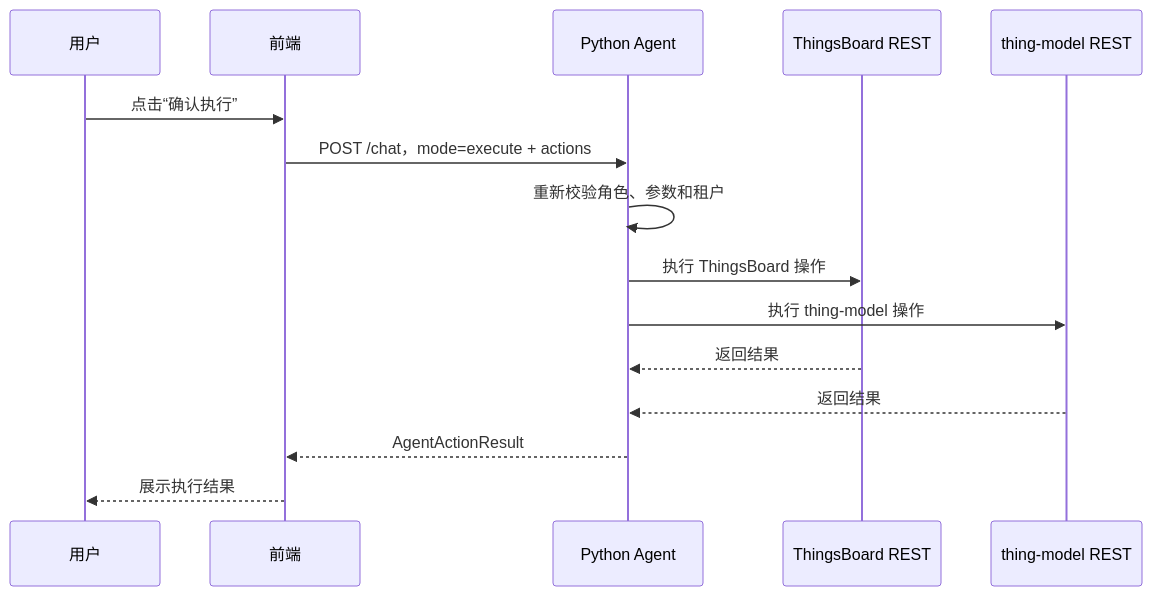
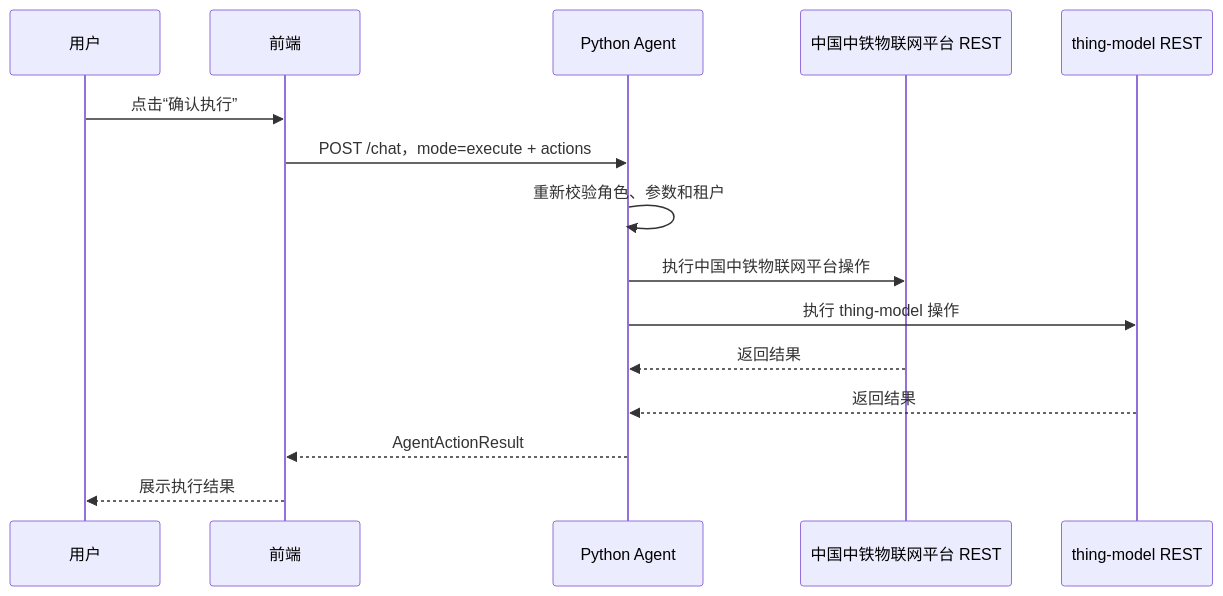
Before and after one commit to beancookie/thingsboard: the third of 3 diagrams in docs/11-AI-Agent对话助手方案.md, drawn with Mermaid. The commit also changed other lines of this file and 81 other files, not shown here.

````diff
--- a/docs/11-AI-Agent对话助手方案.md
+++ b/docs/11-AI-Agent对话助手方案.md
@@ -349,18 +349,18 @@
 ```mermaid
 sequenceDiagram
   participant U as 用户
   participant FE as 前端
   participant A as Python Agent
-  participant TB as ThingsBoard REST
+  participant TB as 中国中铁物联网平台 REST
   participant TM as thing-model REST
 
   U->>FE: 点击“确认执行”
   FE->>A: POST /chat，mode=execute + actions
   A->>A: 重新校验角色、参数和租户
-  A->>TB: 执行 ThingsBoard 操作
+  A->>TB: 执行中国中铁物联网平台操作
   A->>TM: 执行 thing-model 操作
   TB-->>A: 返回结果
   TM-->>A: 返回结果
   A-->>FE: AgentActionResult
   FE-->>U: 展示执行结果
 ```
````
